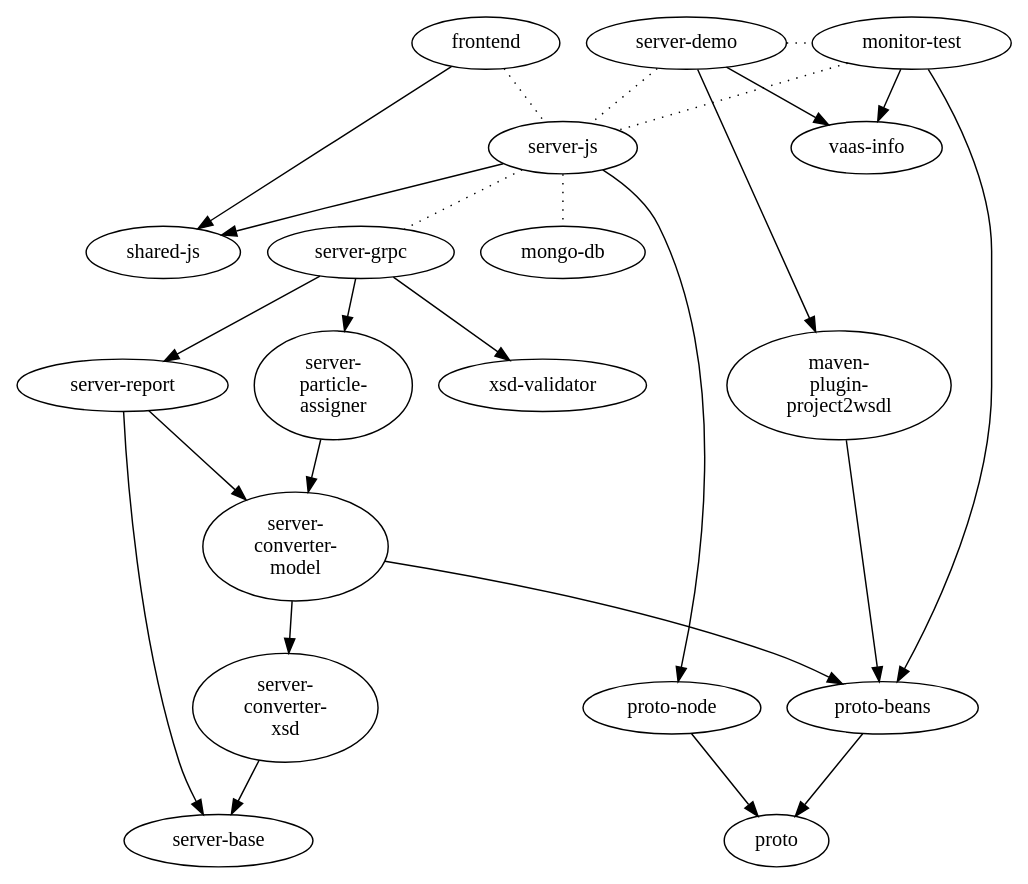
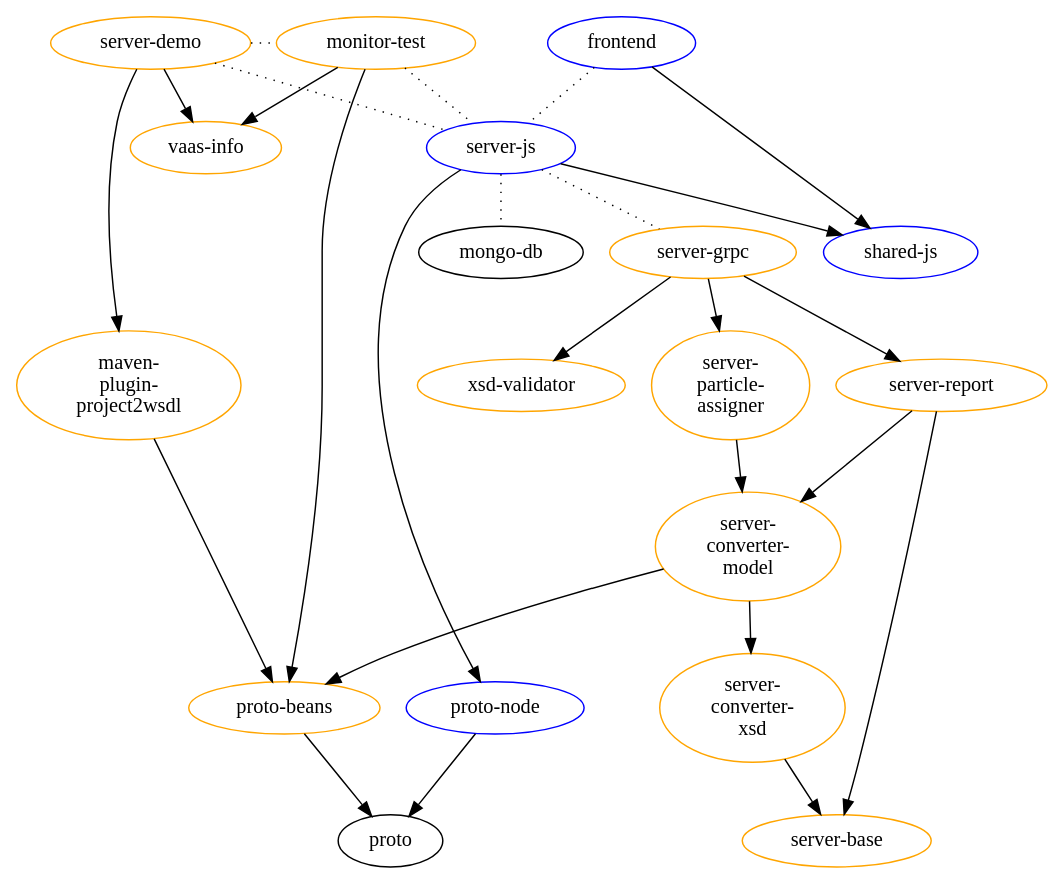
Before and after one commit to FIT-Mobility/interaction-protocol-suite: the diagram in structural-overview.gv, drawn with Graphviz.

Commit message:
structural-overview.gv: color-coded nodes by component language

```diff
--- a/structural-overview.gv
+++ b/structural-overview.gv
@@ -1,67 +1,69 @@
 digraph G {
+    proto [label="proto", URL="https://github.com/FIT-Mobility/interaction-protocol-suite/tree/master/proto"];
+    mongo_db [label="mongo-db", URL="https://github.com/FIT-Mobility/interaction-protocol-suite/blob/master/docker-compose.yml"];
+    node [color="blue"]; // typescript
     frontend [label="frontend", URL="https://github.com/FIT-Mobility/interaction-protocol-suite/tree/master/frontend"];
     js_backend [label="server-js", URL="https://github.com/FIT-Mobility/interaction-protocol-suite/tree/master/server-js"];
     shared_js [label="shared-js", URL="https://github.com/FIT-Mobility/interaction-protocol-suite/tree/master/shared-js"];
+    proto_node [label="proto-node", URL="https://github.com/FIT-Mobility/interaction-protocol-suite/tree/master/proto_node"];
+    node [color="orange"]; // java
     grpc_server [label="server-grpc", URL="https://github.com/FIT-Mobility/interaction-protocol-suite/tree/master/server-grpc"];
     xsd_validator [label="xsd-validator", URL="https://github.com/FIT-Mobility/interaction-protocol-suite/tree/master/xsd-validator"];
     report_generator [label="server-report", URL="https://github.com/FIT-Mobility/interaction-protocol-suite/tree/master/server-report"];
     server_particle_assigner [label="server-\nparticle-\nassigner", URL="https://github.com/FIT-Mobility/interaction-protocol-suite/tree/master/server-particle-assigner"];
     proto_beans [label="proto-beans", URL="https://github.com/FIT-Mobility/interaction-protocol-suite/tree/master/proto-beans"];
-    proto [label="proto", URL="https://github.com/FIT-Mobility/interaction-protocol-suite/tree/master/proto"];
-    proto_node [label="proto-node", URL="https://github.com/FIT-Mobility/interaction-protocol-suite/tree/master/proto_node"];
-    mongo_db [label="mongo-db", URL="https://github.com/FIT-Mobility/interaction-protocol-suite/blob/master/docker-compose.yml"];
     maven_plugin [label="maven-\nplugin-\nproject2wsdl", URL="https://github.com/FIT-Mobility/interaction-protocol-suite/tree/master/maven-plugin-project2wsdl"];
     monitor_test [label="monitor-test", URL="https://github.com/FIT-Mobility/interaction-protocol-suite/tree/master/monitor-test"];
     server_base [label="server-base", URL="https://github.com/FIT-Mobility/interaction-protocol-suite/tree/master/server-base"];
     server_converter_model [label="server-\nconverter-\nmodel", URL="https://github.com/FIT-Mobility/interaction-protocol-suite/tree/master/server-converter-model"];
     server_converter_xsd [label="server-\nconverter-\nxsd", URL="https://github.com/FIT-Mobility/interaction-protocol-suite/tree/master/server-converter-xsd"];
     server_demo [label="server-demo", URL="https://github.com/FIT-Mobility/interaction-protocol-suite/tree/master/server-demo"];
     vaas_info [label="vaas-info", URL="https://github.com/FIT-Mobility/interaction-protocol-suite/tree/master/vaas-info"];
 
     subgraph { rank=same; report_generator; xsd_validator; server_particle_assigner; }
     subgraph { rank=same; proto_beans; proto_node; }
     subgraph { rank=same; monitor_test; server_demo; }
 
     // build dependencies
     frontend -> shared_js;
     js_backend -> shared_js;
 
     grpc_server -> xsd_validator;
     grpc_server -> server_particle_assigner;
     grpc_server -> report_generator;
     // grpc_server -> proto_beans;
     // grpc_server -> server_base;
 
     proto_beans -> proto;
     proto_node -> proto;
     js_backend -> proto_node;
 
     server_demo -> maven_plugin;
     server_demo -> vaas_info;
 
     monitor_test -> proto_beans;
     monitor_test -> vaas_info;
 
     maven_plugin -> proto_beans;
 
     report_generator -> server_base;
     report_generator -> server_converter_model;
 
     server_converter_model -> server_converter_xsd;
     // server_converter_model -> server_base;
     server_converter_model -> proto_beans;
 
     server_converter_xsd -> server_base;
 
     server_particle_assigner -> server_converter_model;
 
     // functional dependencies
     edge [style="dotted", dir="none"]
     frontend -> js_backend;
     js_backend -> grpc_server;
     js_backend -> mongo_db;
     monitor_test -> js_backend;
     server_demo -> js_backend;
     server_demo -> monitor_test;
 
 }
```
